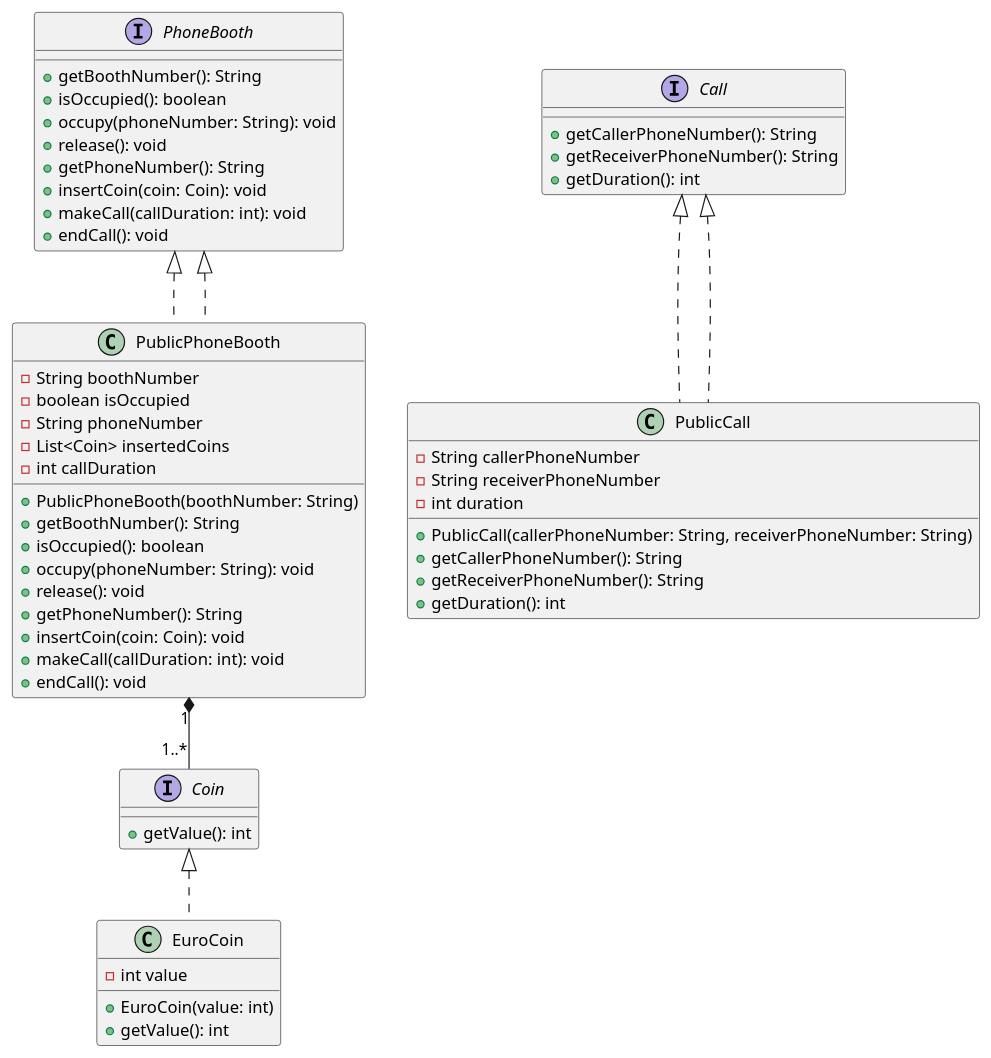
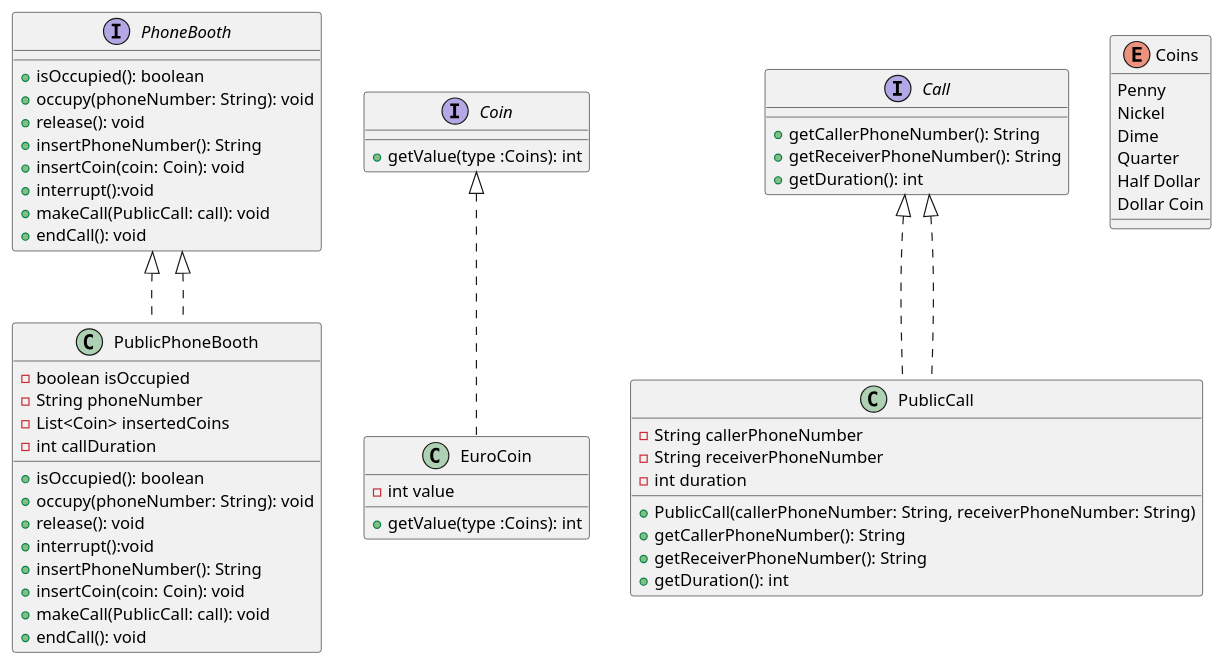
Before and after one commit to TSaavaMate/designPrincipes: the diagram in designs/services/phone booth/phone.puml, drawn with PlantUML. The commit also changed 26 other files, not shown here.

```diff
--- a/designs/services/phone booth/phone.puml
+++ b/designs/services/phone booth/phone.puml
@@ -1,61 +1,64 @@
 @startuml
 
 interface PhoneBooth {
-  + getBoothNumber(): String
   + isOccupied(): boolean
   + occupy(phoneNumber: String): void
   + release(): void
-  + getPhoneNumber(): String
+  + insertPhoneNumber(): String
   + insertCoin(coin: Coin): void
-  + makeCall(callDuration: int): void
+  +interrupt():void
+  + makeCall(PublicCall: call): void
   + endCall(): void
 }
 
 class PublicPhoneBooth implements PhoneBooth {
-  - String boothNumber
   - boolean isOccupied
   - String phoneNumber
   - List<Coin> insertedCoins
   - int callDuration
-  + PublicPhoneBooth(boothNumber: String)
-  + getBoothNumber(): String
   + isOccupied(): boolean
   + occupy(phoneNumber: String): void
   + release(): void
-  + getPhoneNumber(): String
+  +interrupt():void
+  + insertPhoneNumber(): String
   + insertCoin(coin: Coin): void
-  + makeCall(callDuration: int): void
+  + makeCall(PublicCall: call): void
   + endCall(): void
 }
 
 interface Coin {
-  + getValue(): int
+  + getValue(type :Coins): int
 }
 
 class EuroCoin implements Coin {
   - int value
-  + EuroCoin(value: int)
-  + getValue(): int
+  + getValue(type :Coins): int
 }
 
 interface Call {
   + getCallerPhoneNumber(): String
   + getReceiverPhoneNumber(): String
   + getDuration(): int
 }
 
 class PublicCall implements Call {
   - String callerPhoneNumber
   - String receiverPhoneNumber
   - int duration
   + PublicCall(callerPhoneNumber: String, receiverPhoneNumber: String)
   + getCallerPhoneNumber(): String
   + getReceiverPhoneNumber(): String
   + getDuration(): int
 }
-
+enum Coins{
+    Penny
+    Nickel
+    Dime
+    Quarter
+    Half Dollar
+    Dollar Coin
+}
 PhoneBooth <|.. PublicPhoneBooth
-PublicPhoneBooth "1" *-- "1..*" Coin
 Call <|.. PublicCall
 
 @enduml
```
